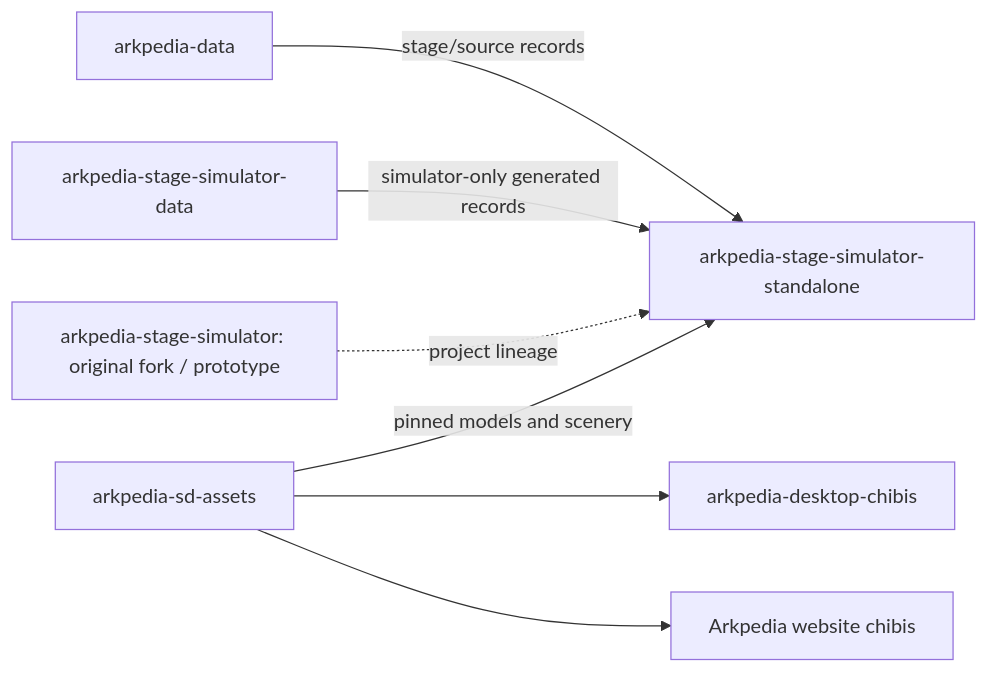
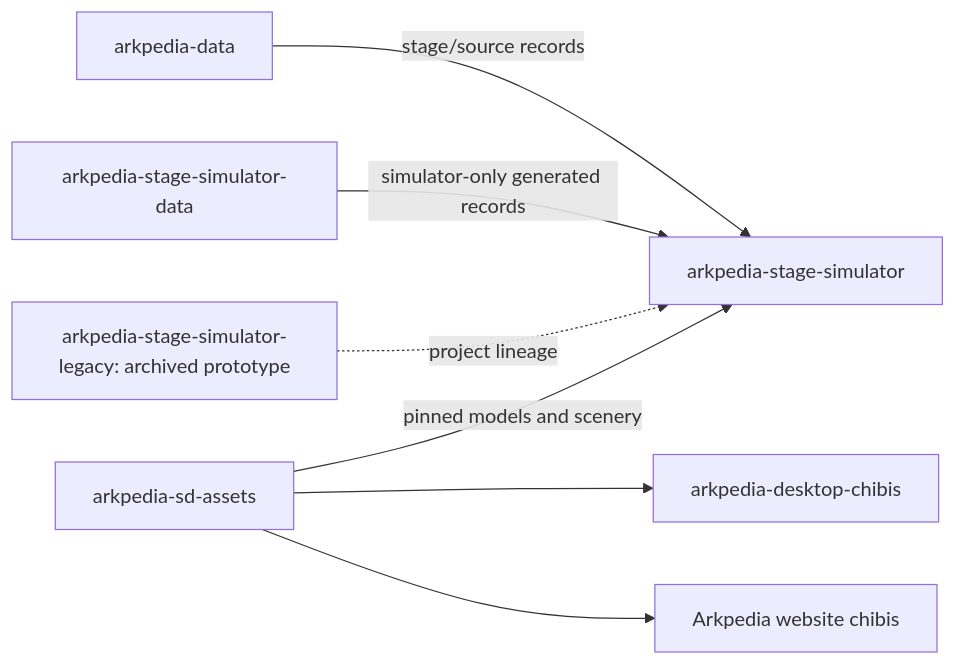
One commit to arkpedia/arkpedia changed the sixth of 6 diagrams in docs/architecture.md. Above: the diagram before and after it, drawn with Mermaid. The commit also changed 2 other files, not shown here.

Commit message:
Reconcile simplification checkpoints and completed simulator rename

````diff
--- a/docs/architecture.md
+++ b/docs/architecture.md
@@ -283,9 +283,9 @@
 ```mermaid
 flowchart LR
-  data[arkpedia-data] -->|stage/source records| sim[arkpedia-stage-simulator-standalone]
+  data[arkpedia-data] -->|stage/source records| sim[arkpedia-stage-simulator]
   extra[arkpedia-stage-simulator-data] -->|simulator-only generated records| sim
   sd[arkpedia-sd-assets] -->|pinned models and scenery| sim
   sd --> desktop[arkpedia-desktop-chibis]
   sd --> website[Arkpedia website chibis]
-  fork[arkpedia-stage-simulator: original fork / prototype] -.->|project lineage| sim
+  fork[arkpedia-stage-simulator-legacy: archived prototype] -.->|project lineage| sim
 ```
````
